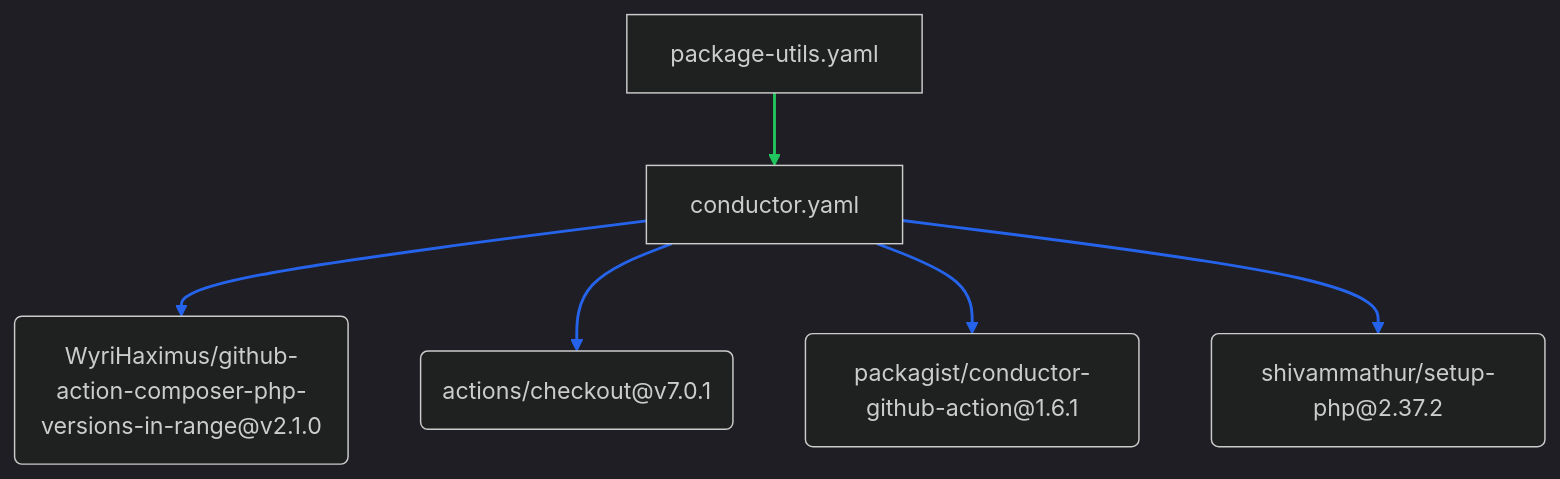
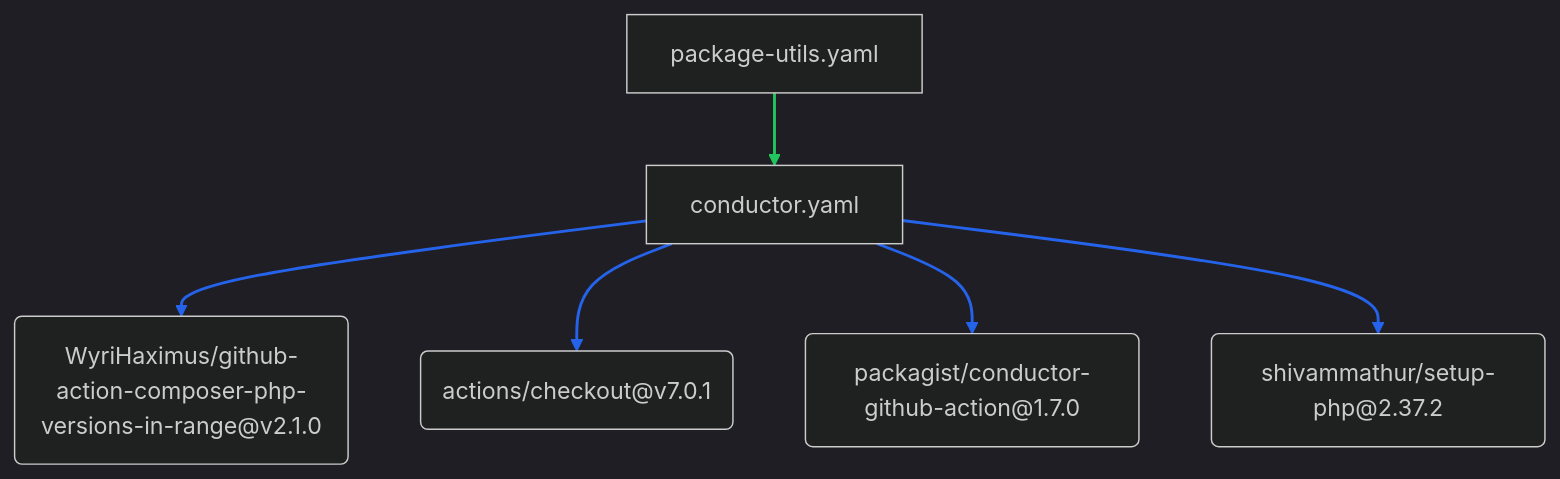
The third of 6 diagrams in README.md (WyriHaximus/github-workflows), drawn with Mermaid (dark theme) before and after one commit. The commit also changed other lines of this file and 1 other file, not shown here.

Commit message:
Update packagist/conductor-github-action action to v1.7.0

````diff
--- a/README.md
+++ b/README.md
@@ -539,16 +539,16 @@
 ```mermaid
 flowchart TB
   package_utils_conductor["conductor.yaml"] --> package_utils_a0("WyriHaximus/github-action-composer-php-versions-in-range@v2.1.0")
   package_utils_conductor["conductor.yaml"] --> package_utils_a1("actions/checkout@v7.0.1")
-  package_utils_conductor["conductor.yaml"] --> package_utils_a2("packagist/conductor-github-action@1.6.1")
+  package_utils_conductor["conductor.yaml"] --> package_utils_a2("packagist/conductor-github-action@1.7.0")
   package_utils_conductor["conductor.yaml"] --> package_utils_a3("shivammathur/setup-php@2.37.2")
   package_utils_package_utils["package-utils.yaml"] --> package_utils_conductor["conductor.yaml"]
   linkStyle 4 stroke:#22c55e,stroke-width:2px
   linkStyle 0,1,2,3 stroke:#2563eb,stroke-width:2px
   click package_utils_a0 "https://github.com/WyriHaximus/github-action-composer-php-versions-in-range/releases/tag/v2.1.0" _blank
   click package_utils_a1 "https://github.com/actions/checkout/releases/tag/v7.0.1" _blank
-  click package_utils_a2 "https://github.com/packagist/conductor-github-action/releases/tag/1.6.1" _blank
+  click package_utils_a2 "https://github.com/packagist/conductor-github-action/releases/tag/1.7.0" _blank
   click package_utils_a3 "https://github.com/shivammathur/setup-php/releases/tag/2.37.2" _blank
   click package_utils_conductor "https://github.com/WyriHaximus/github-workflows/blob/main/.github/workflows/conductor.yaml" _blank
   click package_utils_package_utils "https://github.com/WyriHaximus/github-workflows/blob/main/.github/workflows/package-utils.yaml" _blank
 ```
````
